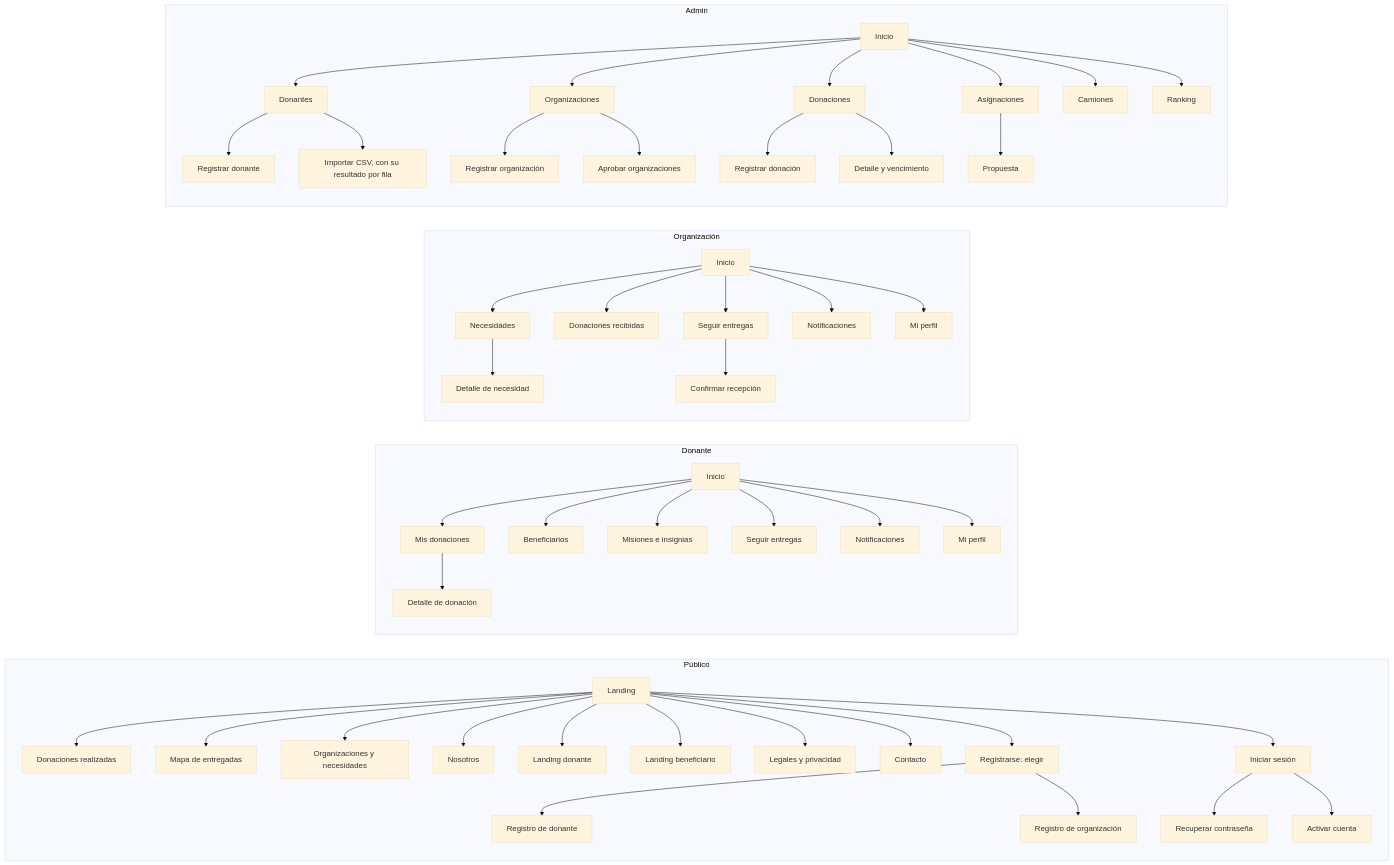
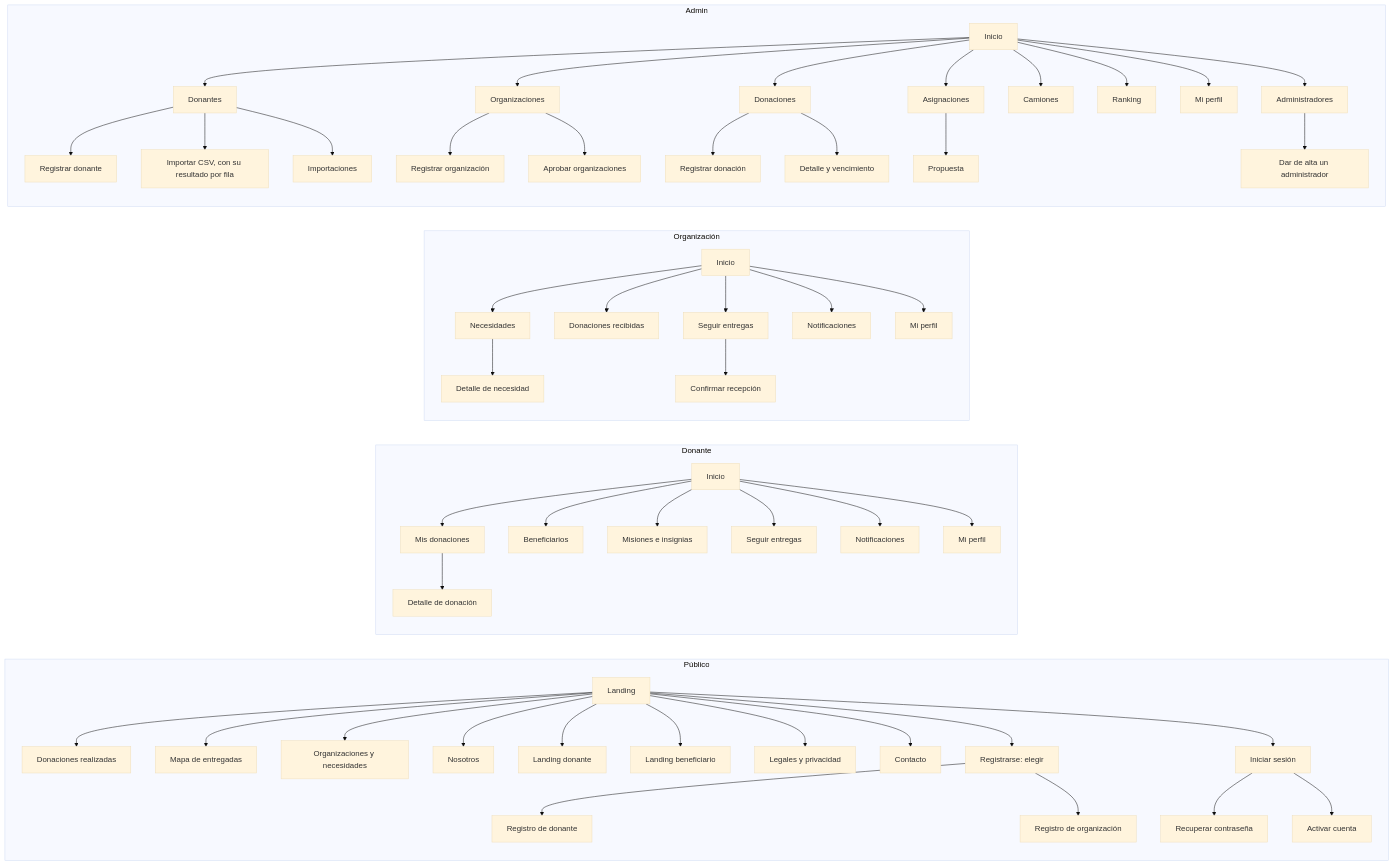
Before and after one commit to tsorren/DonaTrack-TP-DDS: the diagram in docs/interfaz/mapa-del-sitio.md, drawn with Mermaid (base theme). The commit also changed other lines of this file and 26 other files, not shown here.

````diff
--- a/docs/interfaz/mapa-del-sitio.md
+++ b/docs/interfaz/mapa-del-sitio.md
@@ -12,48 +12,51 @@
 ```mermaid
 flowchart LR
   subgraph Publico["Público"]
     L[Landing] --> DR[Donaciones realizadas]
     L --> MP[Mapa de entregadas]
     L --> EN[Organizaciones y necesidades]
     L --> NO[Nosotros]
     L --> LD[Landing donante]
     L --> LB[Landing beneficiario]
     L --> LG[Legales y privacidad]
     L --> CO[Contacto]
     L --> IS[Iniciar sesión]
     L --> RE[Registrarse: elegir]
     RE --> RD[Registro de donante]
     RE --> RN[Registro de organización]
     IS --> RC[Recuperar contraseña]
     IS --> AC[Activar cuenta]
   end
   subgraph Donante
     ID[Inicio] --> MD[Mis donaciones] --> DD[Detalle de donación]
     ID --> BE[Beneficiarios]
     ID --> MI[Misiones e insignias]
     ID --> SD[Seguir entregas]
     ID --> ND[Notificaciones]
     ID --> PD[Mi perfil]
   end
   subgraph Entidad["Organización"]
     IE[Inicio] --> NE[Necesidades] --> DN[Detalle de necesidad]
     IE --> DRc[Donaciones recibidas]
     IE --> SE[Seguir entregas] --> CR[Confirmar recepción]
     IE --> NN[Notificaciones]
     IE --> PE[Mi perfil]
   end
   subgraph Admin
     IA[Inicio] --> DOa[Donantes]
     DOa --> RDo[Registrar donante]
     DOa --> CSV[Importar CSV, con su resultado por fila]
     IA --> ENa[Organizaciones]
     ENa --> REn[Registrar organización]
     ENa --> AE[Aprobar organizaciones]
     IA --> DO[Donaciones]
     DO --> RDn[Registrar donación]
     DO --> DV[Detalle y vencimiento]
     IA --> AS[Asignaciones] --> PR[Propuesta]
     IA --> CA[Camiones]
     IA --> RK[Ranking]
+    IA --> PA[Mi perfil]
+    IA --> AD[Administradores] --> AN[Dar de alta un administrador]
+    DOa --> IM[Importaciones]
   end
 ```
````
